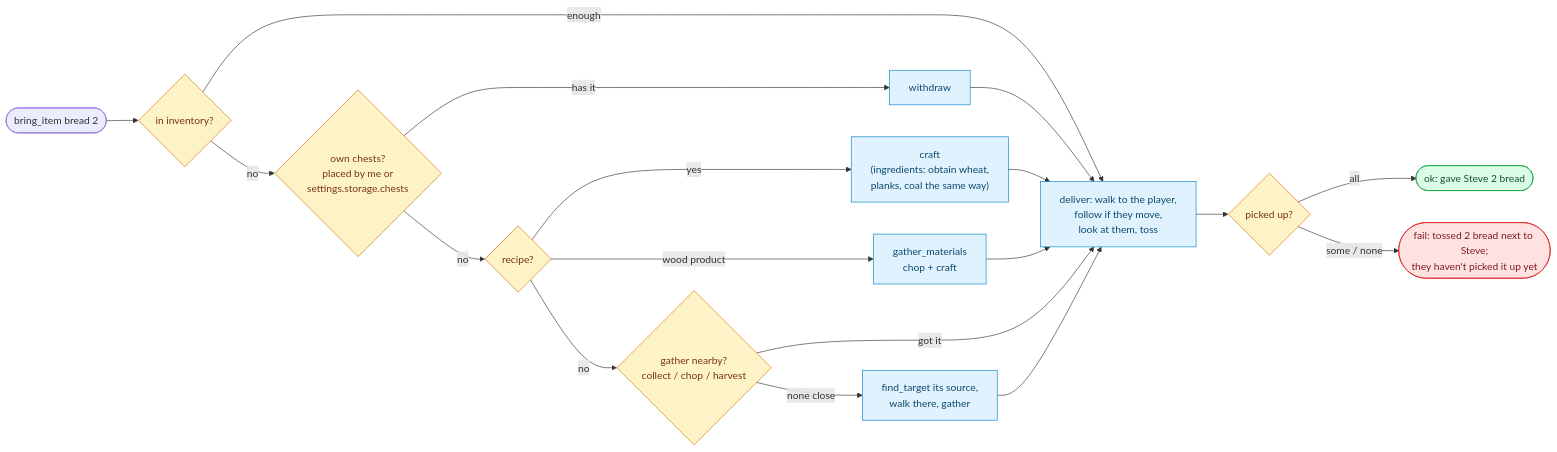
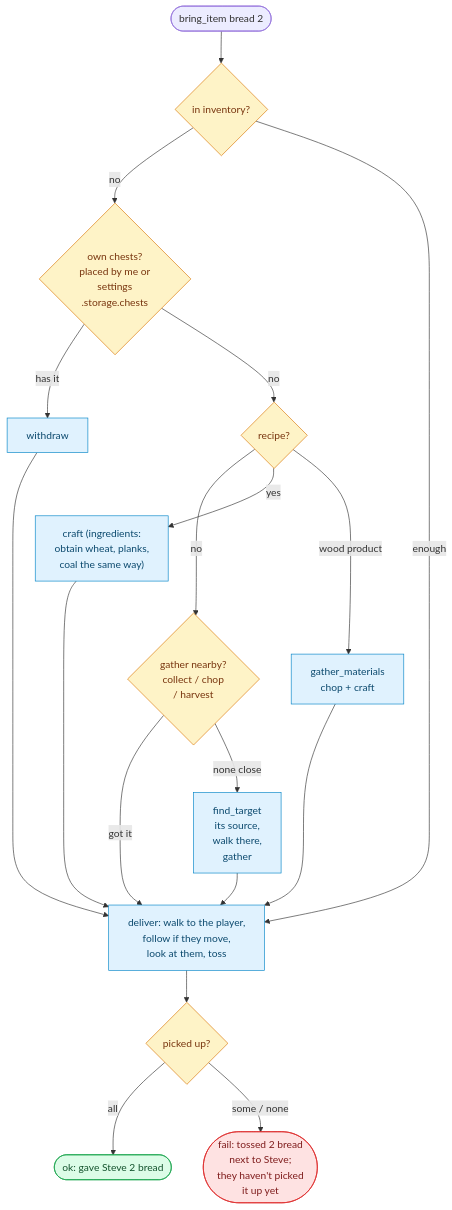
One commit to thereisnotime/golemkit changed the second of 2 diagrams in docs/guide/search.md. Above: the diagram before and after it, drawn with Mermaid. The commit also changed other lines of this file and 20 other files, not shown here.

First line of the commit message:
Docs: replace the last ASCII diagrams with mermaid, make wide charts top-down to fit the column

````diff
--- a/docs/guide/search.md
+++ b/docs/guide/search.md
@@ -107,24 +107,25 @@
 ```mermaid
-flowchart LR
+flowchart TD
   S(["bring_item bread 2"]) --> I{"in inventory?"}
-  I -- enough --> D
-  I -- no --> C{"own chests?<br/>placed by me or<br/>settings.storage.chests"}
+  I -- no --> C{"own chests?<br/>placed by me or<br/>settings<br/>.storage.chests"}
   C -- has it --> W["withdraw"] --> D
   C -- no --> K{"recipe?"}
-  K -- yes --> KR["craft<br/>(ingredients: obtain wheat,<br/>planks, coal the same way)"] --> D
+  K -- no --> GA{"gather nearby?<br/>collect / chop<br/>/ harvest"}
+  K -- yes --> KR["craft (ingredients:<br/>obtain wheat, planks,<br/>coal the same way)"] --> D
   K -- "wood product" --> GM["gather_materials<br/>chop + craft"] --> D
-  K -- no --> GA{"gather nearby?<br/>collect / chop / harvest"}
   GA -- got it --> D
-  GA -- "none close" --> FT["find_target its source,<br/>walk there, gather"] --> D
+  GA -- "none close" --> FT["find_target<br/>its source,<br/>walk there,<br/>gather"] --> D
+  W ~~~ KR ~~~ GM ~~~ FT
+  I -- enough --> D
   D["deliver: walk to the player,<br/>follow if they move,<br/>look at them, toss"] --> A{"picked up?"}
   A -- all --> OK(["ok: gave Steve 2 bread"])
-  A -- "some / none" --> PART(["fail: tossed 2 bread next to Steve;<br/>they haven't picked it up yet"])
+  A -- "some / none" --> PART(["fail: tossed 2 bread<br/>next to Steve;<br/>they haven't picked<br/>it up yet"])
   classDef a fill:#e0f2fe,stroke:#0284c7,color:#0c4a6e
   classDef d fill:#fef3c7,stroke:#d97706,color:#78350f
   classDef g fill:#dcfce7,stroke:#16a34a,color:#14532d
   classDef r fill:#fee2e2,stroke:#dc2626,color:#7f1d1d
   class W,KR,GM,FT,D a
   class I,C,K,GA,A d
   class OK g
   class PART r
 ```
````
